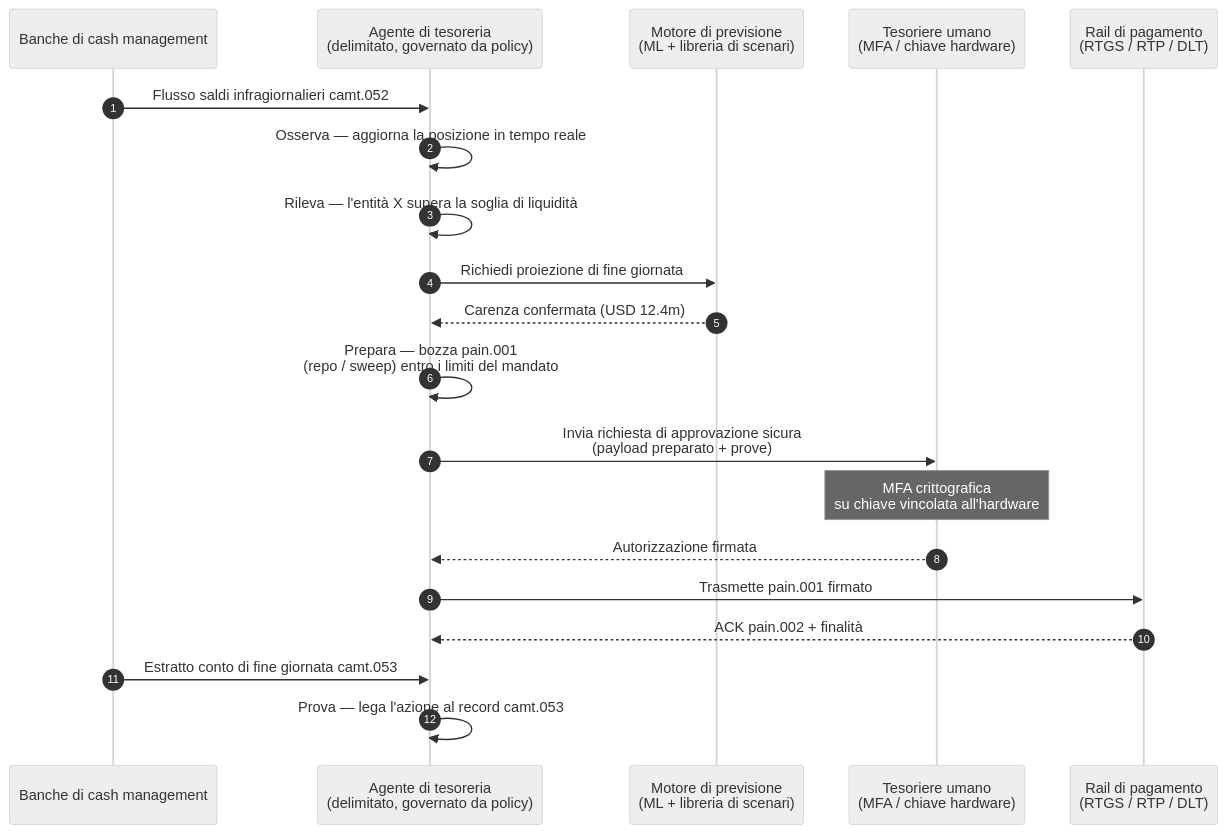
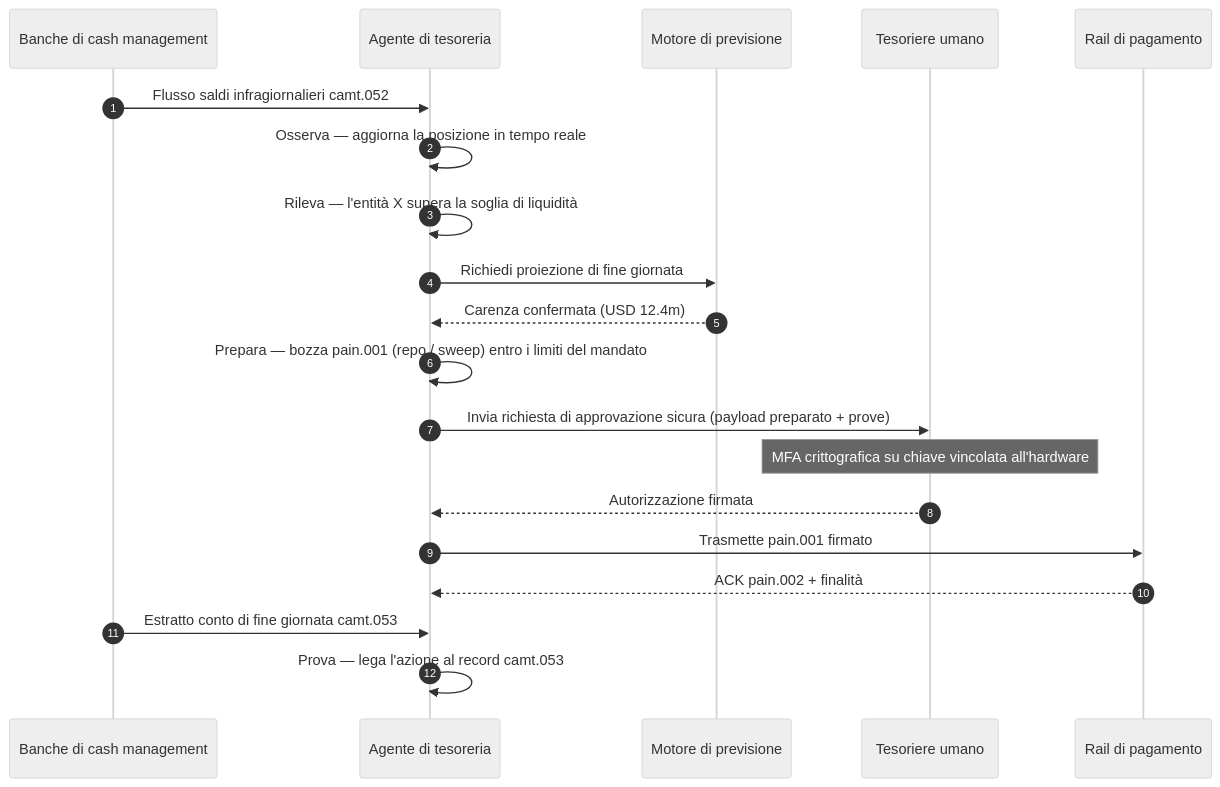
The diagram in _posts/it/2026-06-07-autonomous-treasury-index-programmable-liquidity-tokenised-deposits-2026.md (sebastienrousseau/sebastienrousseau.github.io), drawn with Mermaid (neutral theme) before and after one commit. The commit also changed 2231 other files, not shown here.

First line of the commit message:
fix(mermaid): unblock Mermaid v10 rendering end-to-end (#198)

````diff
--- a/_posts/it/2026-06-07-autonomous-treasury-index-programmable-liquidity-tokenised-deposits-2026.md
+++ b/_posts/it/2026-06-07-autonomous-treasury-index-programmable-liquidity-tokenised-deposits-2026.md
@@ -154,23 +154,22 @@
 ```mermaid
 sequenceDiagram
     autonumber
     participant Banks as Banche di cash management
-    participant Agent as Agente di tesoreria<br/>(delimitato, governato da policy)
-    participant Forecast as Motore di previsione<br/>(ML + libreria di scenari)
-    participant Treasurer as Tesoriere umano<br/>(MFA / chiave hardware)
-    participant Rails as Rail di pagamento<br/>(RTGS / RTP / DLT)
-
+    participant Agent as Agente di tesoreria
+    participant Forecast as Motore di previsione
+    participant Treasurer as Tesoriere umano
+    participant Rails as Rail di pagamento
     Banks->>Agent: Flusso saldi infragiornalieri camt.052
     Agent->>Agent: Osserva — aggiorna la posizione in tempo reale
     Agent->>Agent: Rileva — l'entità X supera la soglia di liquidità
     Agent->>Forecast: Richiedi proiezione di fine giornata
     Forecast-->>Agent: Carenza confermata (USD 12.4m)
-    Agent->>Agent: Prepara — bozza pain.001<br/>(repo / sweep) entro i limiti del mandato
-    Agent->>Treasurer: Invia richiesta di approvazione sicura<br/>(payload preparato + prove)
-    Note over Treasurer: MFA crittografica<br/>su chiave vincolata all'hardware
+    Agent->>Agent: Prepara — bozza pain.001 (repo / sweep) entro i limiti del mandato
+    Agent->>Treasurer: Invia richiesta di approvazione sicura (payload preparato + prove)
+    Note over Treasurer: MFA crittografica su chiave vincolata all'hardware
     Treasurer-->>Agent: Autorizzazione firmata
     Agent->>Rails: Trasmette pain.001 firmato
     Rails-->>Agent: ACK pain.002 + finalità
     Banks->>Agent: Estratto conto di fine giornata camt.053
     Agent->>Agent: Prova — lega l'azione al record camt.053
 ```
````
